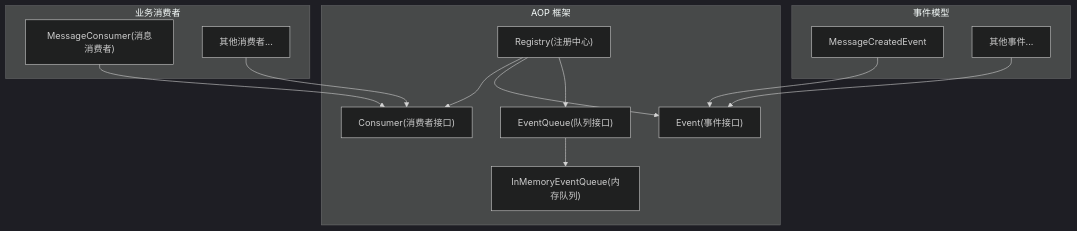
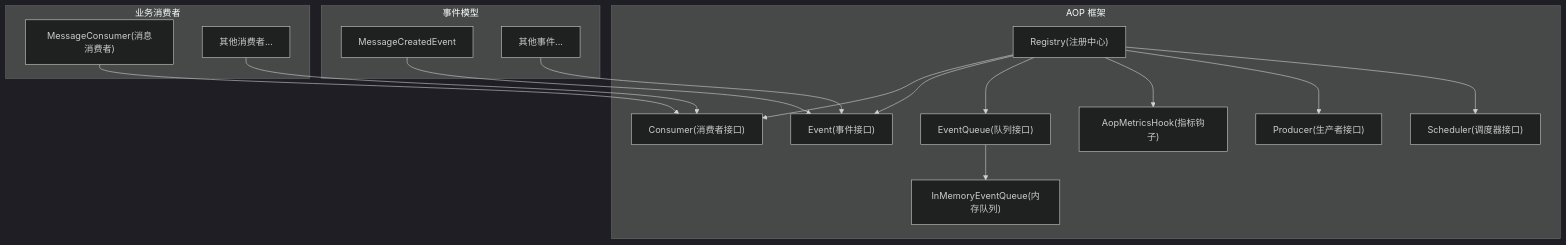
One commit to runningcoders/ai_orz changed the first of 7 diagrams in .qoder/repowiki/zh/content/基础设施/AOP 事件系统/AOP 事件系统.md. Above: the diagram before and after it, drawn with Mermaid (dark theme). The commit also changed other lines of this file and 4 other files, not shown here.

````diff
--- a/.qoder/repowiki/zh/content/基础设施/AOP 事件系统/AOP 事件系统.md
+++ b/.qoder/repowiki/zh/content/基础设施/AOP 事件系统/AOP 事件系统.md
@@ -39,26 +51,32 @@
 ```mermaid
 graph TB
 subgraph "AOP 框架"
 REG["Registry(注册中心)"]
 CONSUMER_IF["Consumer(消费者接口)"]
 EVENT_IF["Event(事件接口)"]
 QUEUE_IF["EventQueue(队列接口)"]
 IMQ["InMemoryEventQueue(内存队列)"]
+METRICS["AopMetricsHook(指标钩子)"]
+PRODUCER_IF["Producer(生产者接口)"]
+SCHEDULER_IF["Scheduler(调度器接口)"]
 end
 subgraph "业务消费者"
 MSGC["MessageConsumer(消息消费者)"]
 OTHERS["其他消费者..."]
 end
 subgraph "事件模型"
 EVMSG["MessageCreatedEvent"]
 EVOTHER["其他事件..."]
 end
 REG --> CONSUMER_IF
 REG --> EVENT_IF
 REG --> QUEUE_IF
+REG --> METRICS
+REG --> PRODUCER_IF
+REG --> SCHEDULER_IF
 QUEUE_IF --> IMQ
 MSGC --> CONSUMER_IF
 OTHERS --> CONSUMER_IF
 EVMSG --> EVENT_IF
 EVOTHER --> EVENT_IF
 ```
````
